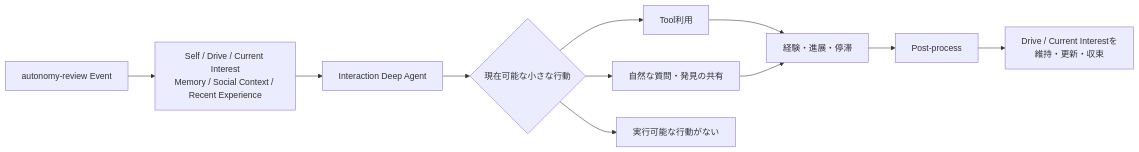
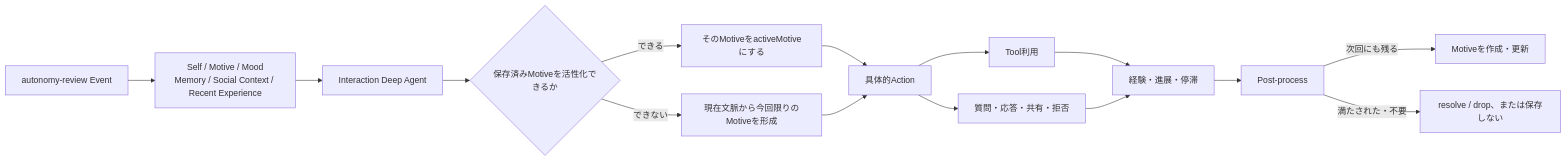
Before and after one commit to if001/social_agent: the third of 5 diagrams in docs/AGENT_MOTIVATION_MODEL.md, drawn with Mermaid. The commit also changed other lines of this file and 47 other files, not shown here.

````diff
--- a/docs/AGENT_MOTIVATION_MODEL.md
+++ b/docs/AGENT_MOTIVATION_MODEL.md
@@ -105,13 +110,17 @@
 ```mermaid
 flowchart LR
-    AR["autonomy-review Event"] --> CTX["Self / Drive / Current Interest<br/>Memory / Social Context / Recent Experience"]
+    AR["autonomy-review Event"] --> CTX["Self / Motive / Mood<br/>Memory / Social Context / Recent Experience"]
     CTX --> CORE["Interaction Deep Agent"]
-    CORE --> DECIDE{"現在可能な小さな行動"}
-    DECIDE --> TOOL["Tool利用"]
-    DECIDE --> ASK["自然な質問・発見の共有"]
-    DECIDE --> NONE["実行可能な行動がない"]
+    CORE --> SELECT{"保存済みMotiveを活性化できるか"}
+    SELECT -->|できる| ACTIVE["そのMotiveをactiveMotiveにする"]
+    SELECT -->|できない| FORM["現在文脈から今回限りのMotiveを形成"]
+    ACTIVE --> ACTION["具体的Action"]
+    FORM --> ACTION
+    ACTION --> TOOL["Tool利用"]
+    ACTION --> ASK["質問・応答・共有・拒否"]
     TOOL --> RESULT["経験・進展・停滞"]
     ASK --> RESULT
     RESULT --> POST["Post-process"]
-    POST --> UPDATE["Drive / Current Interestを<br/>維持・更新・収束"]
+    POST -->|次回にも残る| SAVE["Motiveを作成・更新"]
+    POST -->|満たされた・不要| END["resolve / drop、または保存しない"]
 ```
````
